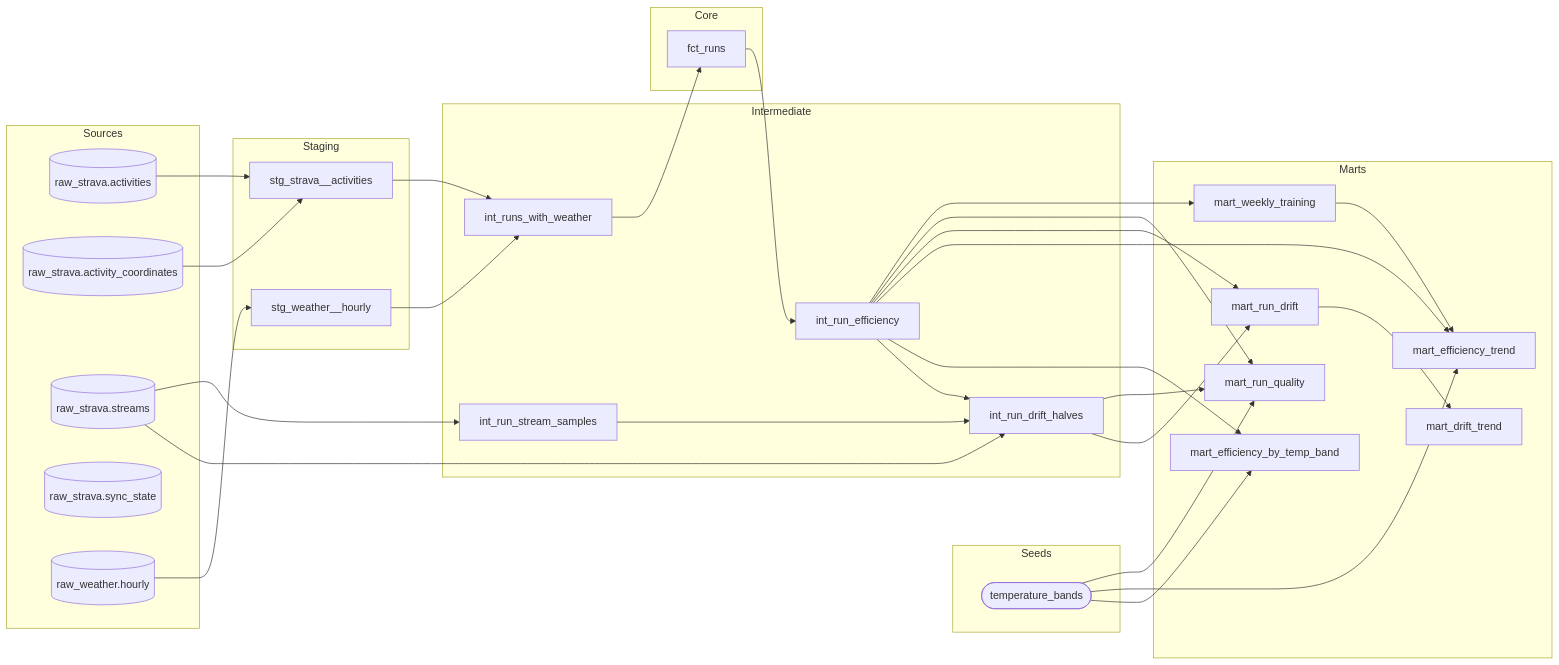
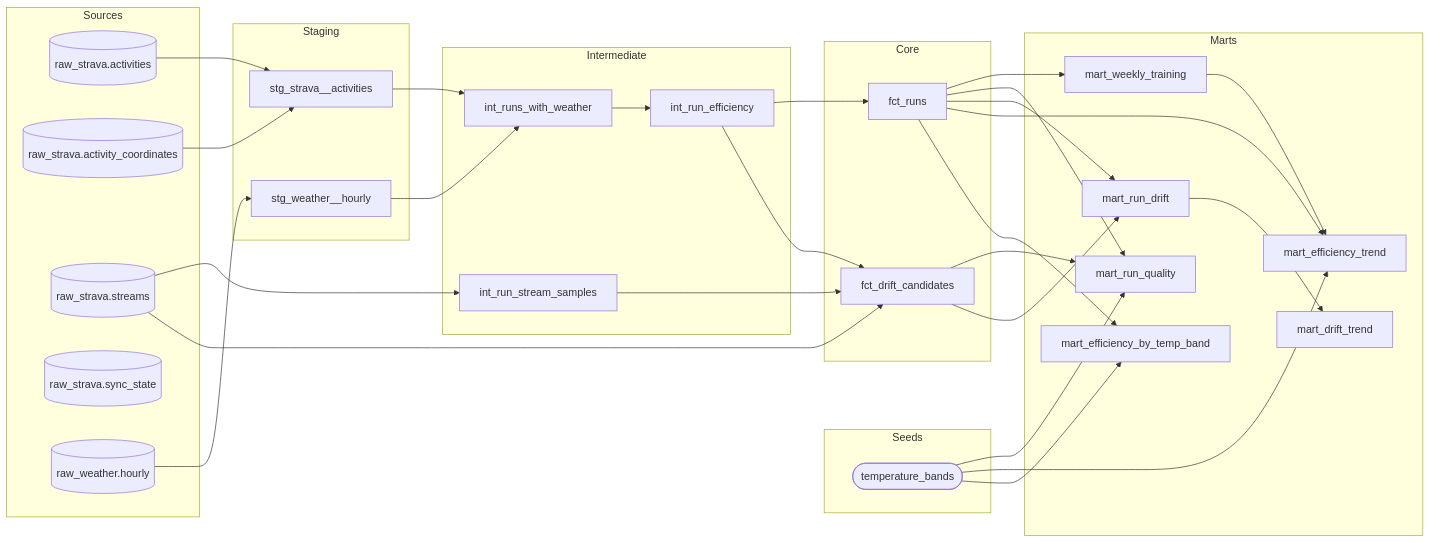
The diagram in README.md (mowen18/running-analytics-pipeline), drawn with Mermaid before and after one commit. The commit also changed other lines of this file and 2 other files, not shown here.

Commit message:
test(dbt): add layering guard; regenerate DAG; finalize v1.2 docs
tests/test_dbt_layering.py reuses dbt_dag.build_graph on the real
manifest (skips visibly when absent, per the DB-skip convention) and
asserts the minimal allowed-parent matrix from Revision v1.2: staging
reads sources; intermediate reads sources/staging/intermediate; core
reads intermediate plus the documented streams exception; marts read
core/seeds/marts only. The regenerated README diagram shows the
corrected graph (core = fct_runs + fct_drift_candidates, every mart
edge from core/seeds/marts). README warehouse table updated for the
new layer placement and gains the previously missing mart_run_quality
row; CLAUDE.md status finalized.

````diff
--- a/README.md
+++ b/README.md
@@ -192,64 +192,64 @@
 ```mermaid
 flowchart LR
 
     subgraph sources["Sources"]
         source_running_analytics_raw_strava_activities[("raw_strava.activities")]
         source_running_analytics_raw_strava_activity_coordinates[("raw_strava.activity_coordinates")]
         source_running_analytics_raw_strava_streams[("raw_strava.streams")]
         source_running_analytics_raw_strava_sync_state[("raw_strava.sync_state")]
         source_running_analytics_raw_weather_hourly[("raw_weather.hourly")]
     end
 
     subgraph seeds["Seeds"]
         seed_running_analytics_temperature_bands(["temperature_bands"])
     end
 
     subgraph staging["Staging"]
         model_running_analytics_stg_strava__activities["stg_strava__activities"]
         model_running_analytics_stg_weather__hourly["stg_weather__hourly"]
     end
 
     subgraph intermediate["Intermediate"]
-        model_running_analytics_int_run_drift_halves["int_run_drift_halves"]
         model_running_analytics_int_run_efficiency["int_run_efficiency"]
         model_running_analytics_int_run_stream_samples["int_run_stream_samples"]
         model_running_analytics_int_runs_with_weather["int_runs_with_weather"]
     end
 
     subgraph core["Core"]
+        model_running_analytics_fct_drift_candidates["fct_drift_candidates"]
         model_running_analytics_fct_runs["fct_runs"]
     end
 
     subgraph marts["Marts"]
         model_running_analytics_mart_drift_trend["mart_drift_trend"]
         model_running_analytics_mart_efficiency_by_temp_band["mart_efficiency_by_temp_band"]
         model_running_analytics_mart_efficiency_trend["mart_efficiency_trend"]
         model_running_analytics_mart_run_drift["mart_run_drift"]
         model_running_analytics_mart_run_quality["mart_run_quality"]
         model_running_analytics_mart_weekly_training["mart_weekly_training"]
     end
 
-    model_running_analytics_fct_runs --> model_running_analytics_int_run_efficiency
-    model_running_analytics_int_run_drift_halves --> model_running_analytics_mart_run_drift
-    model_running_analytics_int_run_drift_halves --> model_running_analytics_mart_run_quality
-    model_running_analytics_int_run_efficiency --> model_running_analytics_int_run_drift_halves
-    model_running_analytics_int_run_efficiency --> model_running_analytics_mart_efficiency_by_temp_band
-    model_running_analytics_int_run_efficiency --> model_running_analytics_mart_efficiency_trend
-    model_running_analytics_int_run_efficiency --> model_running_analytics_mart_run_drift
-    model_running_analytics_int_run_efficiency --> model_running_analytics_mart_run_quality
-    model_running_analytics_int_run_efficiency --> model_running_analytics_mart_weekly_training
-    model_running_analytics_int_run_stream_samples --> model_running_analytics_int_run_drift_halves
-    model_running_analytics_int_runs_with_weather --> model_running_analytics_fct_runs
+    model_running_analytics_fct_drift_candidates --> model_running_analytics_mart_run_drift
+    model_running_analytics_fct_drift_candidates --> model_running_analytics_mart_run_quality
+    model_running_analytics_fct_runs --> model_running_analytics_mart_efficiency_by_temp_band
+    model_running_analytics_fct_runs --> model_running_analytics_mart_efficiency_trend
+    model_running_analytics_fct_runs --> model_running_analytics_mart_run_drift
+    model_running_analytics_fct_runs --> model_running_analytics_mart_run_quality
+    model_running_analytics_fct_runs --> model_running_analytics_mart_weekly_training
+    model_running_analytics_int_run_efficiency --> model_running_analytics_fct_drift_candidates
+    model_running_analytics_int_run_efficiency --> model_running_analytics_fct_runs
+    model_running_analytics_int_run_stream_samples --> model_running_analytics_fct_drift_candidates
+    model_running_analytics_int_runs_with_weather --> model_running_analytics_int_run_efficiency
     model_running_analytics_mart_run_drift --> model_running_analytics_mart_drift_trend
     model_running_analytics_mart_weekly_training --> model_running_analytics_mart_efficiency_trend
     model_running_analytics_stg_strava__activities --> model_running_analytics_int_runs_with_weather
     model_running_analytics_stg_weather__hourly --> model_running_analytics_int_runs_with_weather
     seed_running_analytics_temperature_bands --> model_running_analytics_mart_efficiency_by_temp_band
     seed_running_analytics_temperature_bands --> model_running_analytics_mart_efficiency_trend
     seed_running_analytics_temperature_bands --> model_running_analytics_mart_run_quality
     source_running_analytics_raw_strava_activities --> model_running_analytics_stg_strava__activities
     source_running_analytics_raw_strava_activity_coordinates --> model_running_analytics_stg_strava__activities
-    source_running_analytics_raw_strava_streams --> model_running_analytics_int_run_drift_halves
+    source_running_analytics_raw_strava_streams --> model_running_analytics_fct_drift_candidates
     source_running_analytics_raw_strava_streams --> model_running_analytics_int_run_stream_samples
     source_running_analytics_raw_weather_hourly --> model_running_analytics_stg_weather__hourly
 ```
````
